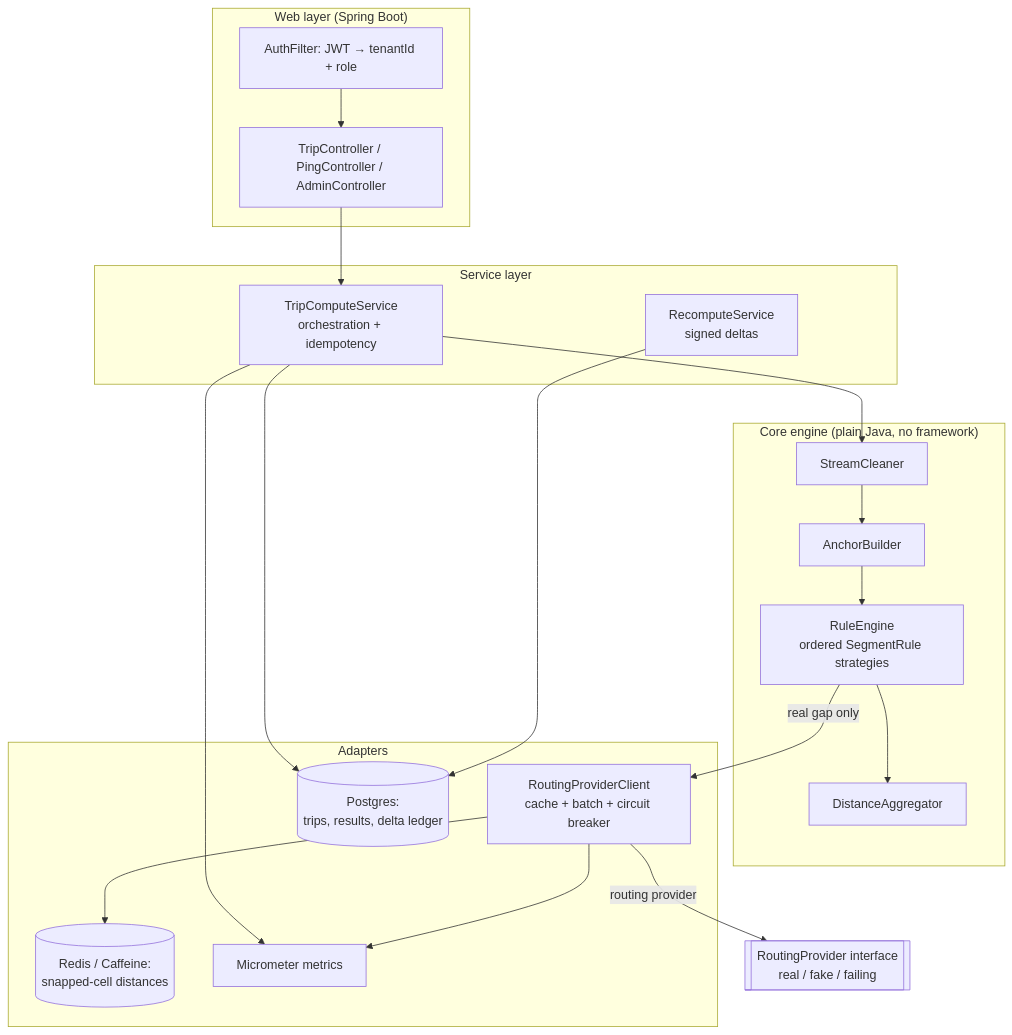
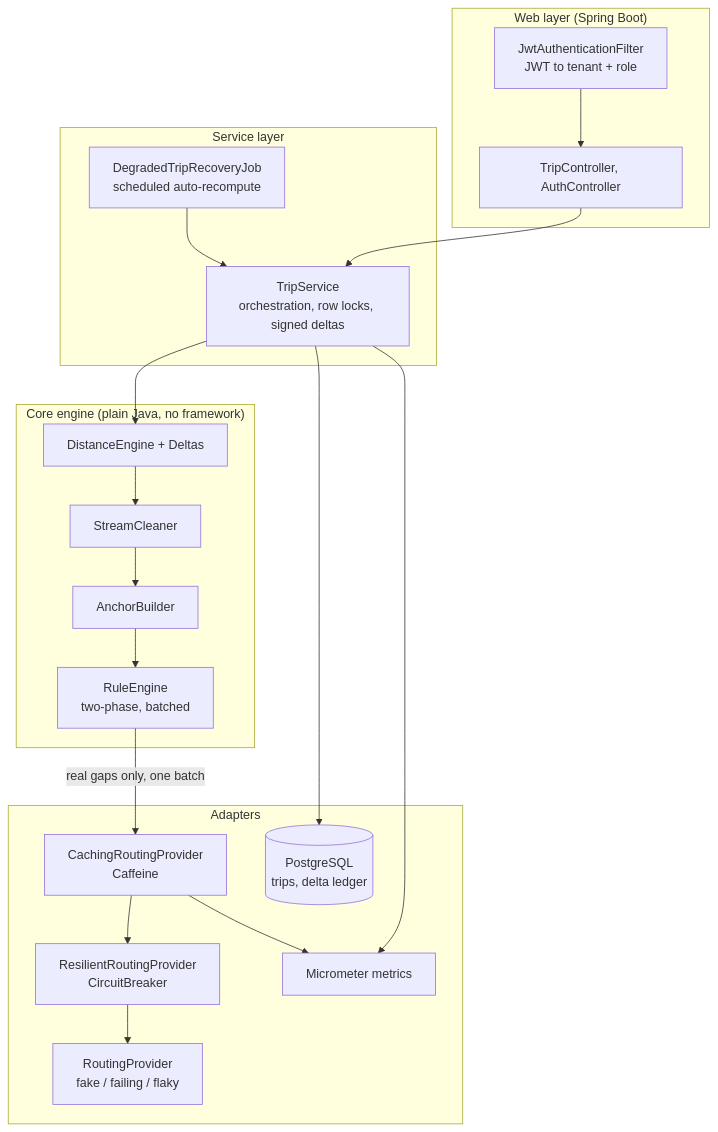
Before and after one commit to Siddharth-singh2111/moveinsync-assignment: the first of 2 diagrams in DESIGN.md, drawn with Mermaid. The commit also changed other lines of this file and 3 other files, not shown here.

````diff
--- a/DESIGN.md
+++ b/DESIGN.md
@@ -93,33 +85,33 @@
 ```mermaid
 flowchart TB
     subgraph API["Web layer (Spring Boot)"]
-        C[TripController / PingController / AdminController]
-        A[AuthFilter: JWT → tenantId + role]
+        A["JwtAuthenticationFilter<br/>JWT to tenant + role"]
+        C["TripController, AuthController"]
     end
     subgraph SVC["Service layer"]
-        TS[TripComputeService<br/>orchestration + idempotency]
-        RS[RecomputeService<br/>signed deltas]
+        TS["TripService<br/>orchestration, row locks, signed deltas"]
+        JOB["DegradedTripRecoveryJob<br/>scheduled auto-recompute"]
     end
     subgraph CORE["Core engine (plain Java, no framework)"]
         CL[StreamCleaner]
         AN[AnchorBuilder]
-        RE[RuleEngine<br/>ordered SegmentRule strategies]
-        AG[DistanceAggregator]
+        RE["RuleEngine<br/>two-phase, batched"]
+        DE["DistanceEngine + Deltas"]
     end
     subgraph INFRA["Adapters"]
-        RP[RoutingProviderClient<br/>cache + batch + circuit breaker]
-        REPO[(Postgres:<br/>trips, results, delta ledger)]
-        CACHE[(Redis / Caffeine:<br/>snapped-cell distances)]
+        RP["CachingRoutingProvider<br/>Caffeine"]
+        CB["ResilientRoutingProvider<br/>CircuitBreaker"]
+        FAKE["RoutingProvider<br/>fake / failing / flaky"]
+        REPO[("PostgreSQL<br/>trips, delta ledger")]
         MET[Micrometer metrics]
     end
 
     A --> C --> TS
-    TS --> CL --> AN --> RE --> AG
-    RE -->|real gap only| RP
-    RP --> CACHE
-    RP -->|routing provider| EXT[[RoutingProvider interface<br/>real / fake / failing]]
+    JOB --> TS
+    TS --> DE
+    DE --> CL --> AN --> RE
+    RE -->|real gaps only, one batch| RP --> CB --> FAKE
     TS --> REPO
-    RS --> REPO
     TS --> MET
     RP --> MET
 ```
````
